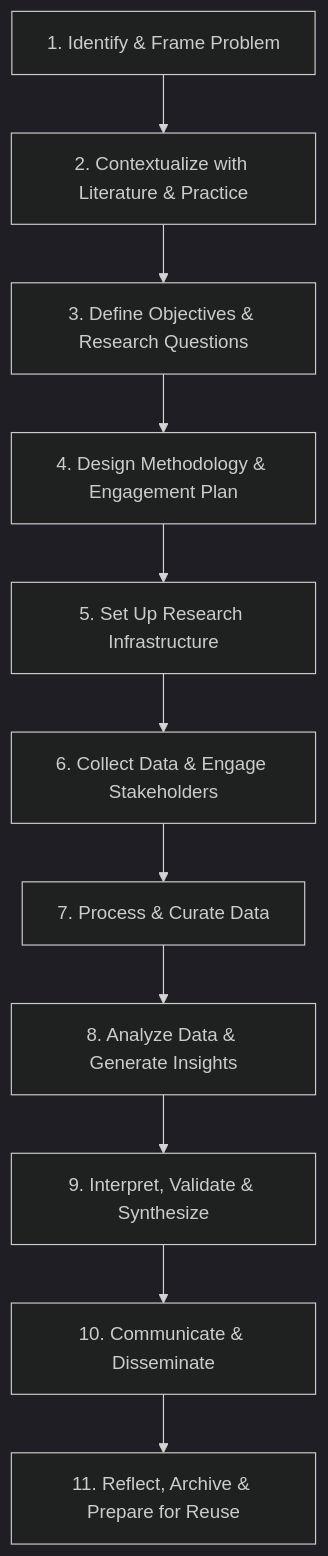
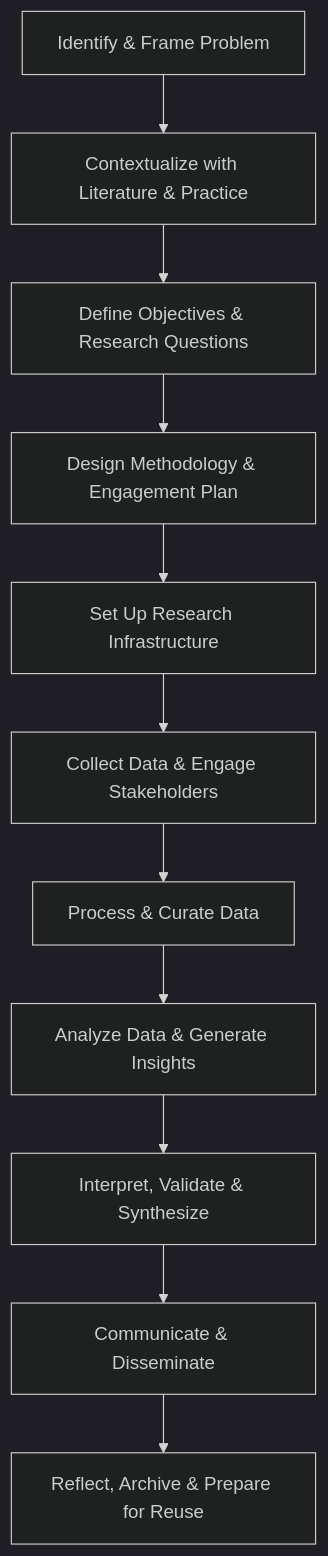
Before and after one commit to Value-Chain-Hackers/VCH-Infra: the first of 3 diagrams in README.md, drawn with Mermaid (dark theme). The commit also changed other lines of this file, not shown here.

````diff
--- a/README.md
+++ b/README.md
@@ -82,25 +78,25 @@
 ```mermaid
-flowchart TD
-    A[1. Identify & Frame Problem]
-    B[2. Contextualize with Literature & Practice]
-    C[3. Define Objectives & Research Questions]
-    D[4. Design Methodology & Engagement Plan]
-    E[5. Set Up Research Infrastructure]
-    F[6. Collect Data & Engage Stakeholders]
-    G[7. Process & Curate Data]
-    H[8. Analyze Data & Generate Insights]
-    I[9. Interpret, Validate & Synthesize]
-    J[10. Communicate & Disseminate]
-    K[11. Reflect, Archive & Prepare for Reuse]
+graph TD
+    A[Identify & Frame Problem]
+    B[Contextualize with Literature & Practice]
+    C[Define Objectives & Research Questions]
+    D[Design Methodology & Engagement Plan]
+    E[Set Up Research Infrastructure]
+    F[Collect Data & Engage Stakeholders]
+    G[Process & Curate Data]
+    H[Analyze Data & Generate Insights]
+    I[Interpret, Validate & Synthesize]
+    J[Communicate & Disseminate]
+    K[Reflect, Archive & Prepare for Reuse]
 
     A --> B
     B --> C
     C --> D
     D --> E
     E --> F
     F --> G
     G --> H
     H --> I
     I --> J
     J --> K
 ```
````
